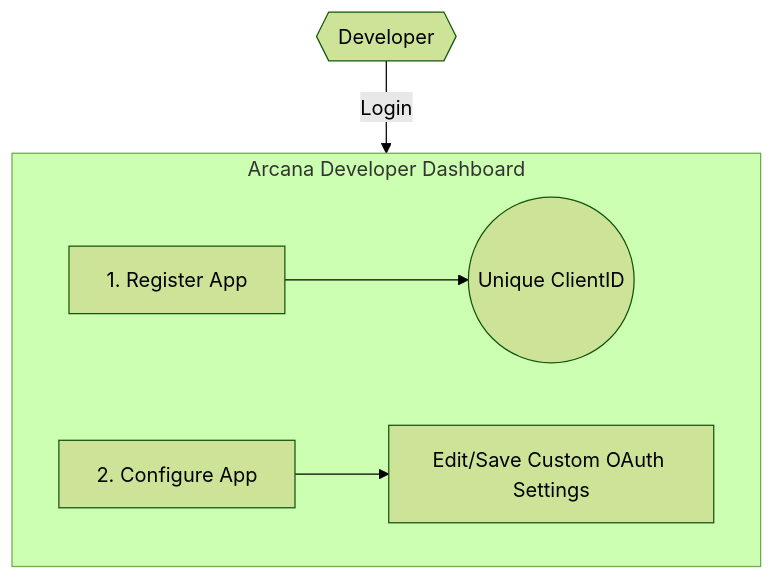
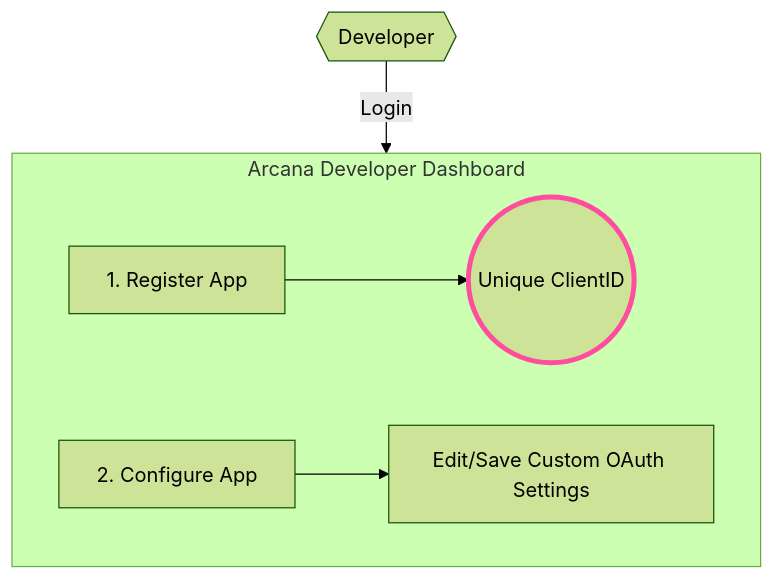
One commit to shaloo/docs.arcana changed the second of 4 diagrams in docs/concepts/authtype/custom-oauth.md. Above: the diagram before and after it, drawn with Mermaid (forest theme). The commit also changed other lines of this file and 1 other file, not shown here.

Commit message:
Fix: Custom Verifier Issuer Audience mandatory, cleanup diagrams

````diff
--- a/docs/concepts/authtype/custom-oauth.md
+++ b/docs/concepts/authtype/custom-oauth.md
@@ -75,10 +75,13 @@
     ```mermaid
     graph TD
         DFLA{{Developer}} --Login --> setup
     
         subgraph setup[Arcana Developer Dashboard]
         direction LR  
             SP1[1. Register App] --> CLID((Unique ClientID))
             SP2[2. Configure App] --> SP3[Edit/Save Custom OAuth Settings]
         end
+        classDef an-pink stroke:#ff4e9f,stroke-width:0.25rem; 
+        class CLID an-pink
+
     ```
````
